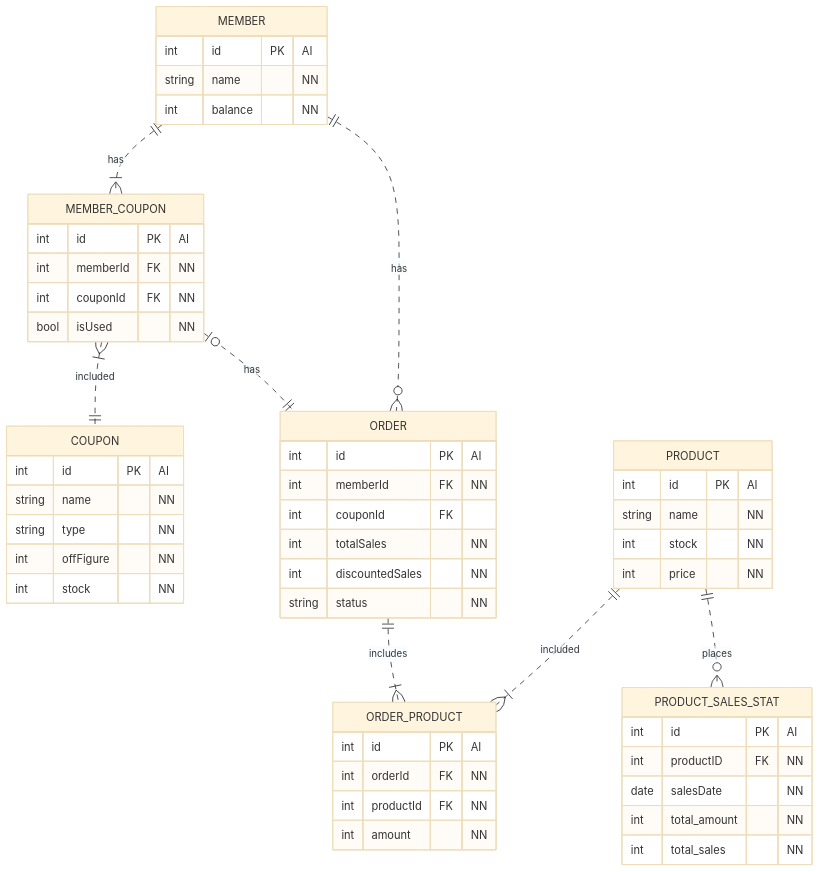
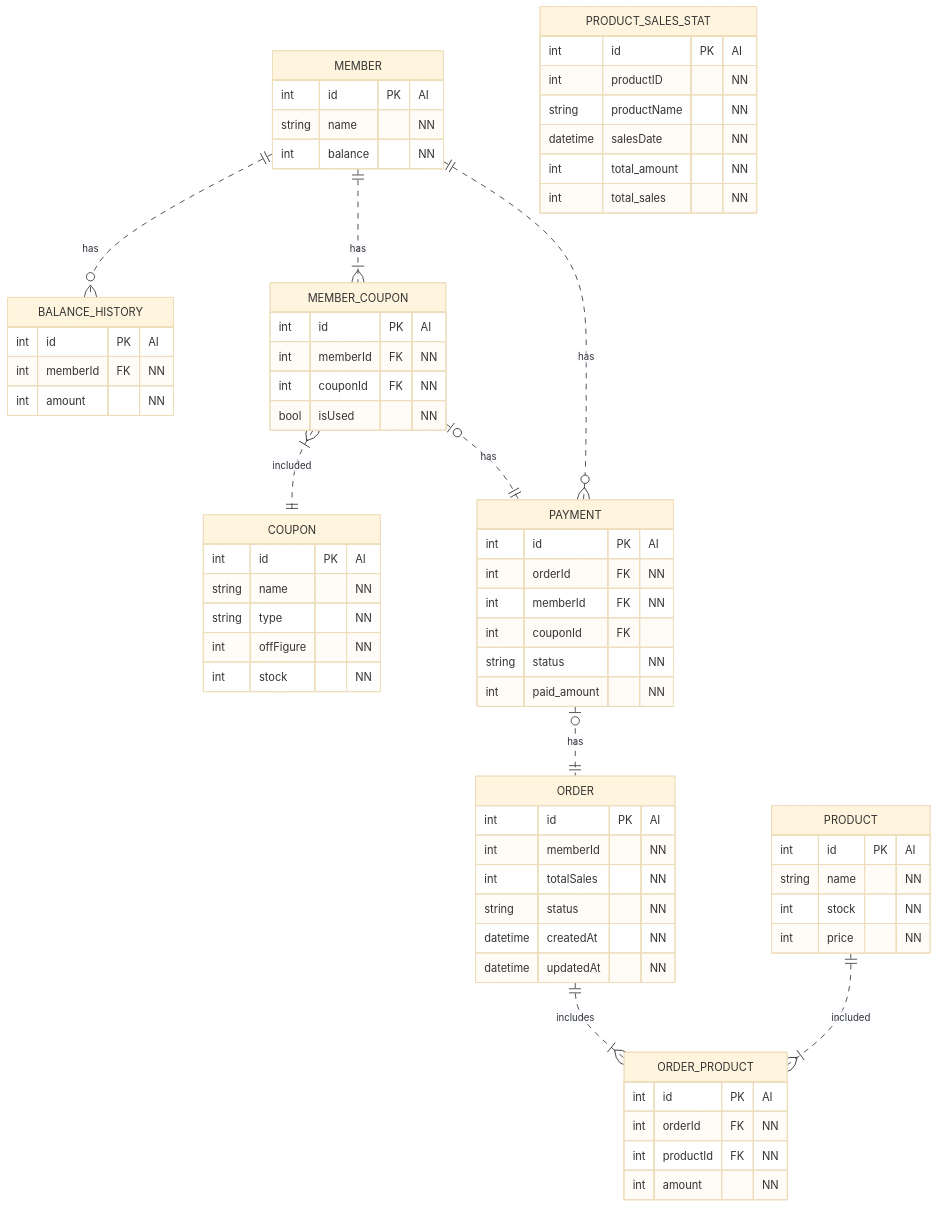
The diagram in docs/erd.md (psyoongsc/hhplus-ts-server), drawn with Mermaid (base theme) before and after one commit. The commit also changed 9 other files, not shown here.

Commit message:
Fix: ERD 변경 및 prisma migration 파일

````diff
--- a/docs/erd.md
+++ b/docs/erd.md
@@ -3,56 +3,71 @@
 ```mermaid
 erDiagram
+    MEMBER ||..o{ BALANCE_HISTORY : has
     MEMBER_COUPON }|..|| COUPON : included
     MEMBER ||..|{ MEMBER_COUPON : has
-    MEMBER ||..o{ ORDER : has
-    MEMBER_COUPON |o..|| ORDER : has
+    MEMBER ||..o{ PAYMENT : has
+    MEMBER_COUPON |o..|| PAYMENT : has
+    PAYMENT |o..|| ORDER : has
     ORDER ||..|{ ORDER_PRODUCT : includes
     PRODUCT ||..|{ ORDER_PRODUCT : included
-    PRODUCT ||..o{ PRODUCT_SALES_STAT : places
     
     MEMBER {
         int id PK "AI"
         string name "NN"
         int balance "NN"
+    }
+    BALANCE_HISTORY {
+        int id PK "AI"
+        int memberId FK "NN"
+        int amount "NN"
     }
     MEMBER_COUPON {
         int id PK "AI"
         int memberId FK "NN"
         int couponId FK "NN"
         bool isUsed "NN"
     }
     COUPON {
         int id PK "AI"
         string name "NN"
         string type "NN"
         int offFigure "NN"
         int stock "NN"
     }
+    PAYMENT {
+        int id PK "AI"
+        int orderId FK "NN"
+        int memberId FK "NN"
+        int couponId FK
+        string status "NN"
+        int paid_amount "NN"
+    }
     ORDER {
         int id PK "AI"
-        int memberId FK "NN"
-        int couponId FK 
+        int memberId "NN"
         int totalSales "NN"
-        int discountedSales "NN"
         string status "NN"
+        datetime createdAt "NN"
+        datetime updatedAt "NN"
     }
     ORDER_PRODUCT {
         int id PK "AI"
         int orderId FK "NN"
         int productId FK "NN"
         int amount "NN"
     }
     PRODUCT {
         int id PK "AI"
         string name "NN"
         int stock "NN"
         int price "NN"
     }
     PRODUCT_SALES_STAT {
-		    int id PK "AI"
-		    int productID FK "NN"
-		    date salesDate "NN"
-		    int total_amount "NN"
-		    int total_sales "NN"
+        int id PK "AI"
+        int productID "NN"
+        string productName "NN"
+        datetime salesDate "NN"
+        int total_amount "NN"
+        int total_sales "NN"
     }
 ```
````
